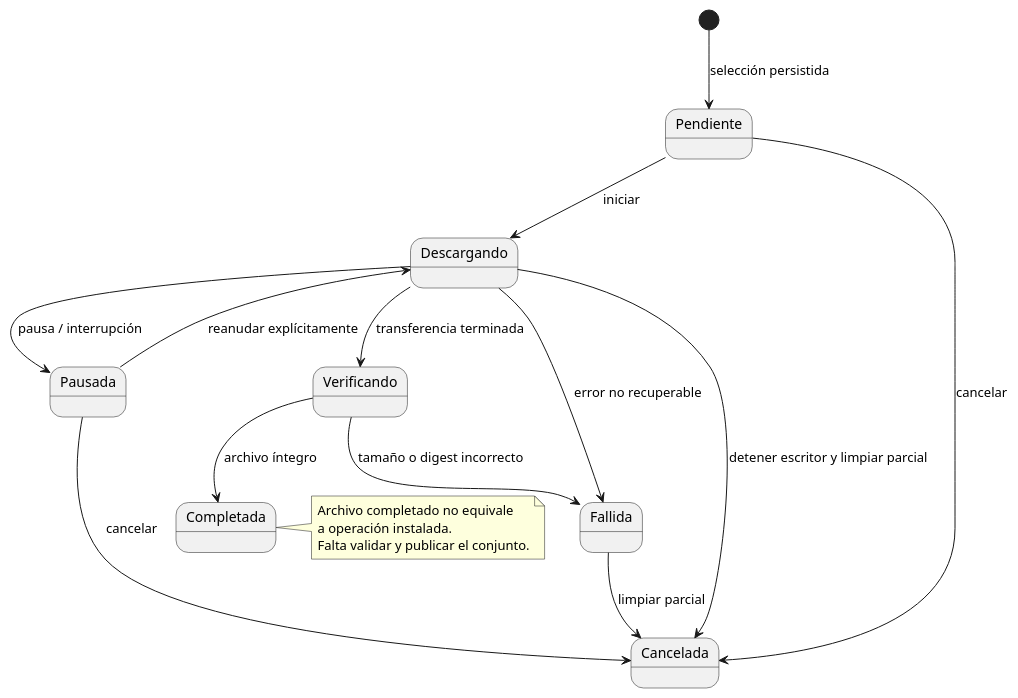
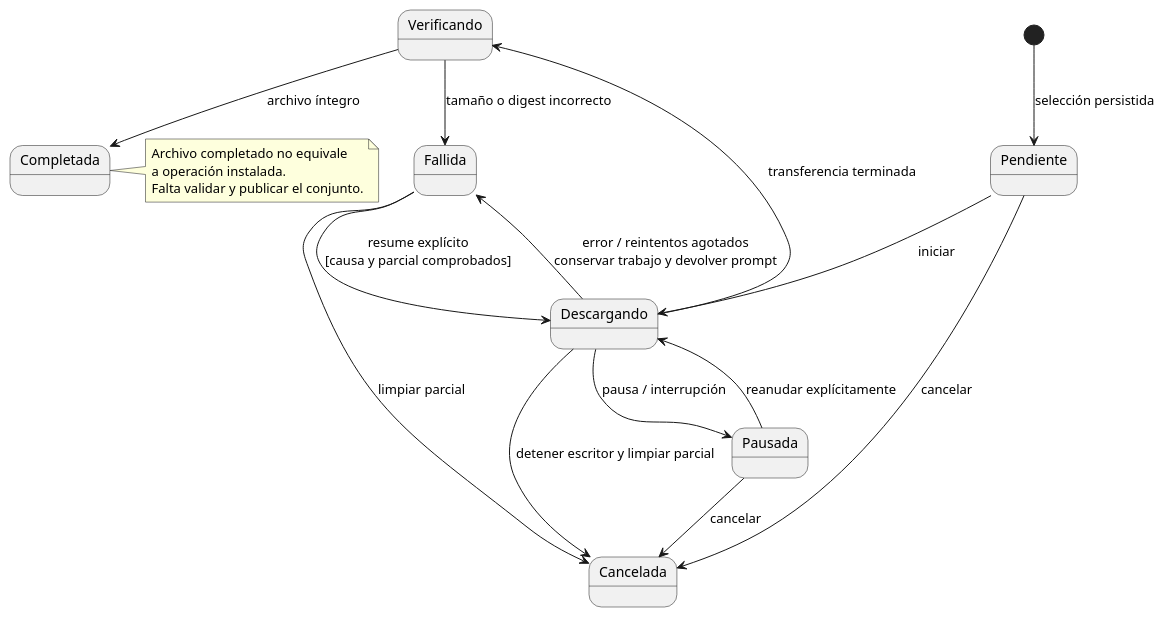
Before and after one commit to mstranich/coquena: the second of 2 diagrams in docs/descargas.md, drawn with PlantUML. The commit also changed other lines of this file and 11 other files, not shown here.

````diff
--- a/docs/descargas.md
+++ b/docs/descargas.md
@@ -126,21 +133,22 @@
 ```plantuml
 @startuml
 [*] --> Pendiente : selección persistida
 Pendiente --> Descargando : iniciar
 Descargando --> Pausada : pausa / interrupción
 Pausada --> Descargando : reanudar explícitamente
 Descargando --> Verificando : transferencia terminada
 Verificando --> Completada : archivo íntegro
-Descargando --> Fallida : error no recuperable
+Descargando --> Fallida : error / reintentos agotados\nconservar trabajo y devolver prompt
 Verificando --> Fallida : tamaño o digest incorrecto
+Fallida --> Descargando : resume explícito\n[causa y parcial comprobados]
 Pendiente --> Cancelada : cancelar
 Pausada --> Cancelada : cancelar
 Descargando --> Cancelada : detener escritor y limpiar parcial
 Fallida --> Cancelada : limpiar parcial
 note right of Completada
   Archivo completado no equivale
   a operación instalada.
   Falta validar y publicar el conjunto.
 end note
 @enduml
 ```
````
